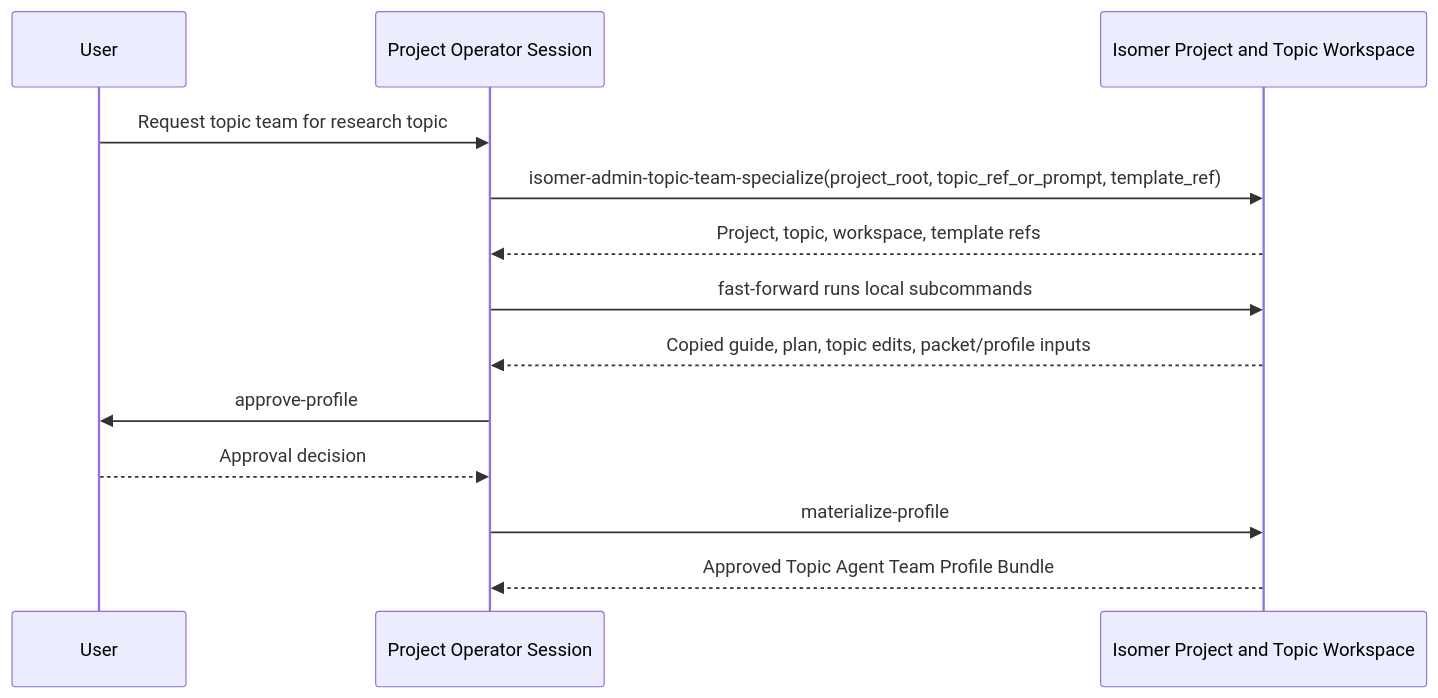
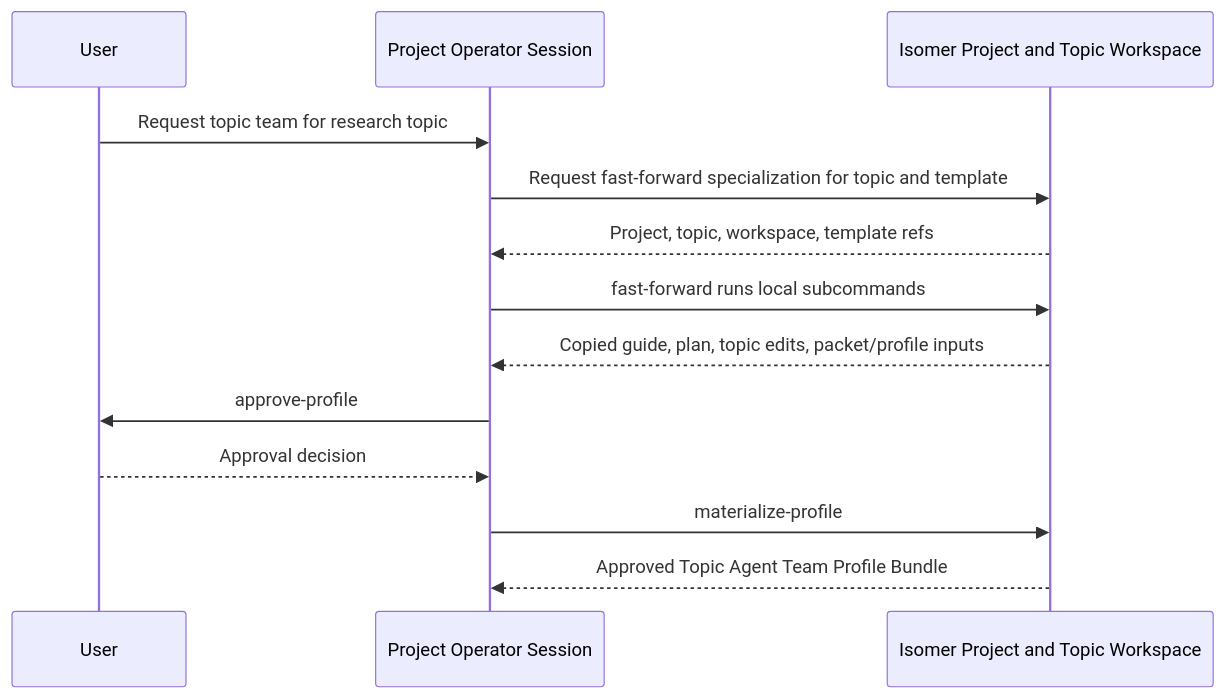
One commit to CodeGandee/isomer-labs changed the first of 2 diagrams in skillset/operator/README.md. Above: the diagram before and after it, drawn with Mermaid. The commit also changed other lines of this file and 10 other files, not shown here.

Commit message:
feat: add guided topic team specialization

````diff
--- a/skillset/operator/README.md
+++ b/skillset/operator/README.md
@@ -22,16 +24,16 @@
 ```mermaid
 sequenceDiagram
     participant User
     participant Operator as Project Operator Session
     participant Store as Isomer Project and Topic Workspace
 
     User->>Operator: Request topic team for research topic
-    Operator->>Store: isomer-admin-topic-team-specialize(project_root, topic_ref_or_prompt, template_ref)
+    Operator->>Store: Request fast-forward specialization for topic and template
     Store-->>Operator: Project, topic, workspace, template refs
     Operator->>Store: fast-forward runs local subcommands
     Store-->>Operator: Copied guide, plan, topic edits, packet/profile inputs
     Operator->>User: approve-profile
     User-->>Operator: Approval decision
     Operator->>Store: materialize-profile
     Store-->>Operator: Approved Topic Agent Team Profile Bundle
 ```
````
